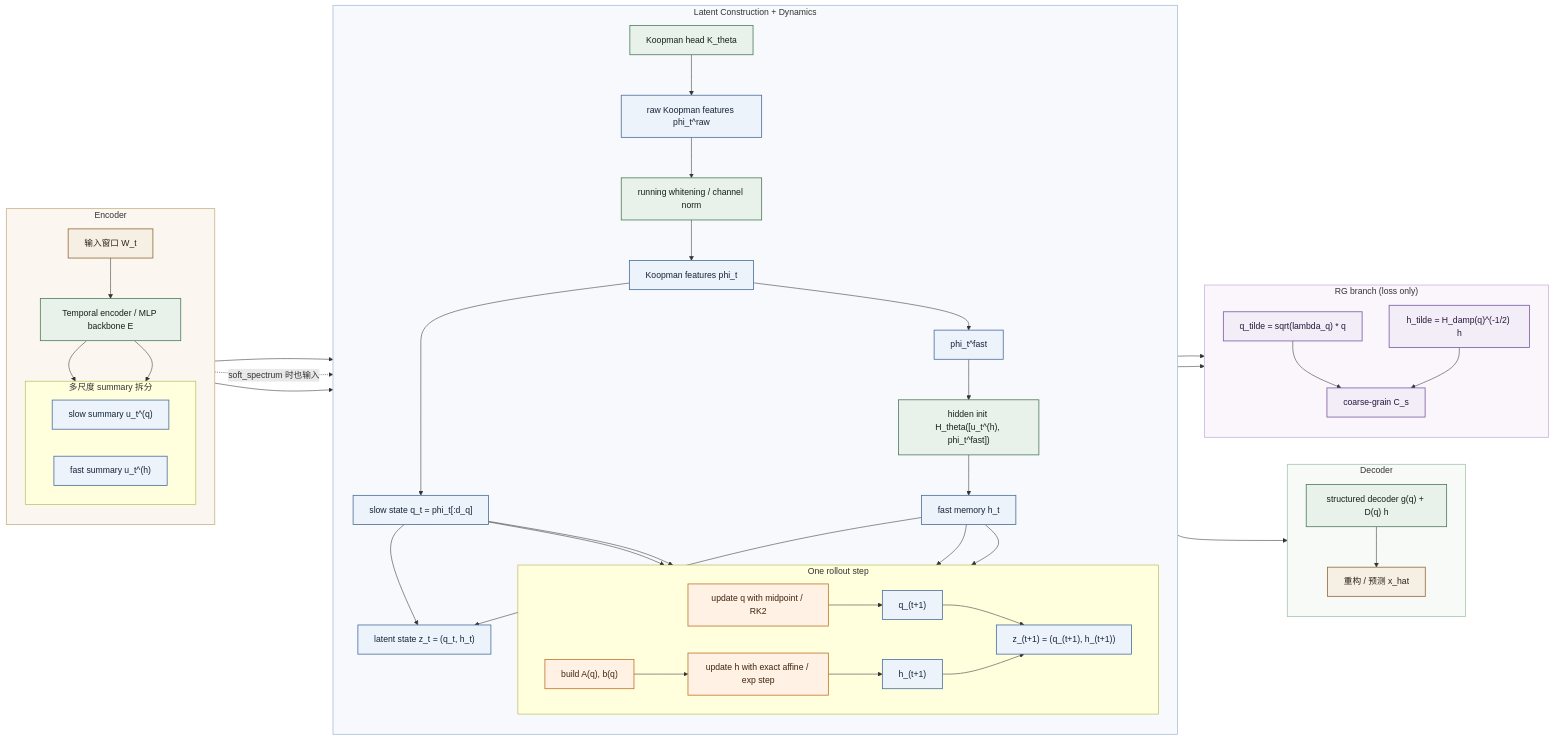
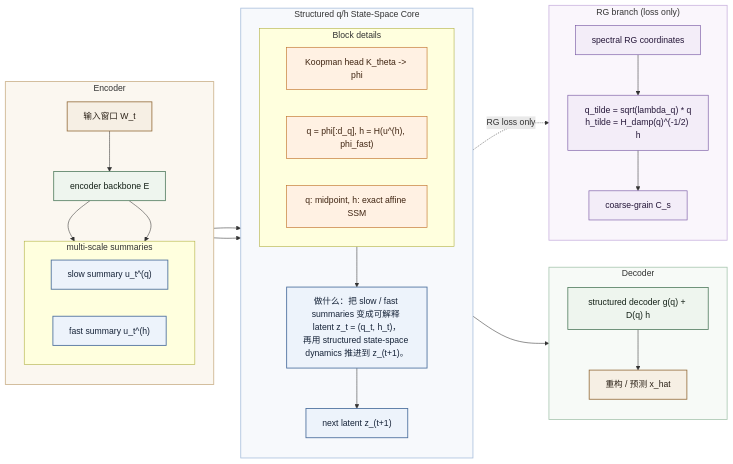
One commit to ubv3t2b4iktvbi/Neural-Dynamic-System changed the diagram in README.md. Above: the diagram before and after it, drawn with Mermaid.

Commit message:
Compact README state-space diagram

````diff
--- a/README.md
+++ b/README.md
@@ -7,18 +7,18 @@
 ```mermaid
 flowchart LR
     classDef io fill:#f6efe4,stroke:#946c3b,stroke-width:1.5px,color:#2b2117;
-    classDef stage fill:#e9f2ea,stroke:#4f7d5c,stroke-width:1.5px,color:#142117;
-    classDef latent fill:#edf3fb,stroke:#4d709e,stroke-width:1.5px,color:#162338;
-    classDef dyn fill:#fff1e3,stroke:#c2762e,stroke-width:1.5px,color:#3f2411;
-    classDef aux fill:#f3edf8,stroke:#7b5ca6,stroke-width:1.5px,color:#251739;
+    classDef stage fill:#eef5ee,stroke:#537d60,stroke-width:1.5px,color:#142117;
+    classDef core fill:#edf3fb,stroke:#4d709e,stroke-width:1.6px,color:#162338;
+    classDef detail fill:#fff1e3,stroke:#c2762e,stroke-width:1.2px,color:#3f2411;
+    classDef aux fill:#f3edf8,stroke:#7b5ca6,stroke-width:1.2px,color:#251739;
 
     subgraph ENC["Encoder"]
         direction TB
         W["输入窗口 W_t"]
-        E["Temporal encoder / MLP backbone E"]
+        E["encoder backbone E"]
         W --> E
 
-        subgraph ESPLIT["多尺度 summary 拆分"]
+        subgraph ESPLIT["multi-scale summaries"]
             direction LR
             UQ["slow summary u_t^(q)"]
             UH["fast summary u_t^(h)"]
@@ -28,33 +28,19 @@
         E --> UH
     end
 
-    subgraph CORE["Latent Construction + Dynamics"]
+    subgraph CORE["Structured q/h State-Space Core"]
         direction TB
-        K["Koopman head K_theta"]
-        PRAW["raw Koopman features phi_t^raw"]
-        N["running whitening / channel norm"]
-        PHI["Koopman features phi_t"]
-        PF["phi_t^fast"]
-        Q["slow state q_t = phi_t[:d_q]"]
-        HINIT["hidden init H_theta([u_t^(h), phi_t^fast])"]
-        H["fast memory h_t"]
-        Z["latent state z_t = (q_t, h_t)"]
+        subgraph META["Block details"]
+            direction LR
+            D1["Koopman head K_theta -> phi"]
+            D2["q = phi[:d_q], h = H(u^(h), phi_fast)"]
+            D3["q: midpoint, h: exact affine SSM"]
+        end
 
-        subgraph STEP["One rollout step"]
-            direction LR
-            QSTEP["update q with midpoint / RK2"]
-            HGEN["build A(q), b(q)"]
-            HSTEP["update h with exact affine / exp step"]
-            QNEXT["q_(t+1)"]
-            HNEXT["h_(t+1)"]
-            ZNEXT["z_(t+1) = (q_(t+1), h_(t+1))"]
+        SSM["做什么：把 slow / fast summaries 变成可解释 latent z_t = (q_t, h_t)，<br/>再用 structured state-space dynamics 推进到 z_(t+1)。"]
+        ZNEXT["next latent z_(t+1)"]
 
-            QSTEP --> QNEXT
-            HGEN --> HSTEP
-            HSTEP --> HNEXT
-            QNEXT --> ZNEXT
-            HNEXT --> ZNEXT
-        end
+        META --> SSM --> ZNEXT
     end
 
     subgraph DEC["Decoder"]
@@ -66,36 +52,22 @@
 
     subgraph RGB["RG branch (loss only)"]
         direction TB
-        RGQ["q_tilde = sqrt(lambda_q) * q"]
-        RGH["h_tilde = H_damp(q)^(-1/2) h"]
+        RG1["spectral RG coordinates"]
+        RG2["q_tilde = sqrt(lambda_q) * q<br/>h_tilde = H_damp(q)^(-1/2) h"]
         CG["coarse-grain C_s"]
-        RGQ --> CG
-        RGH --> CG
+        RG1 --> RG2 --> CG
     end
 
-    UQ --> K
-    UH -. "soft_spectrum 时也输入" .-> K
-    K --> PRAW --> N --> PHI
-    PHI --> Q
-    PHI --> PF
-    UH --> HINIT
-    PF --> HINIT
-    HINIT --> H
-    Q --> Z
-    H --> Z
-    Q --> QSTEP
-    H --> QSTEP
-    Q --> HGEN
-    H --> HSTEP
+    UQ --> SSM
+    UH --> SSM
     ZNEXT --> D
-    QNEXT --> RGQ
-    HNEXT --> RGH
+    ZNEXT -. "RG loss only" .-> RG1
 
     class W,XH io;
-    class E,K,N,HINIT,D stage;
-    class UQ,UH,PRAW,PHI,PF,Q,H,Z,QNEXT,HNEXT,ZNEXT latent;
-    class QSTEP,HGEN,HSTEP dyn;
-    class RGQ,RGH,CG aux;
+    class E,D stage;
+    class UQ,UH,SSM,ZNEXT core;
+    class D1,D2,D3 detail;
+    class RG1,RG2,CG aux;
 
     style ENC fill:#fbf7f0,stroke:#cbb18a,stroke-width:1.5px
     style CORE fill:#f7f9fc,stroke:#aac0dd,stroke-width:1.5px
````
